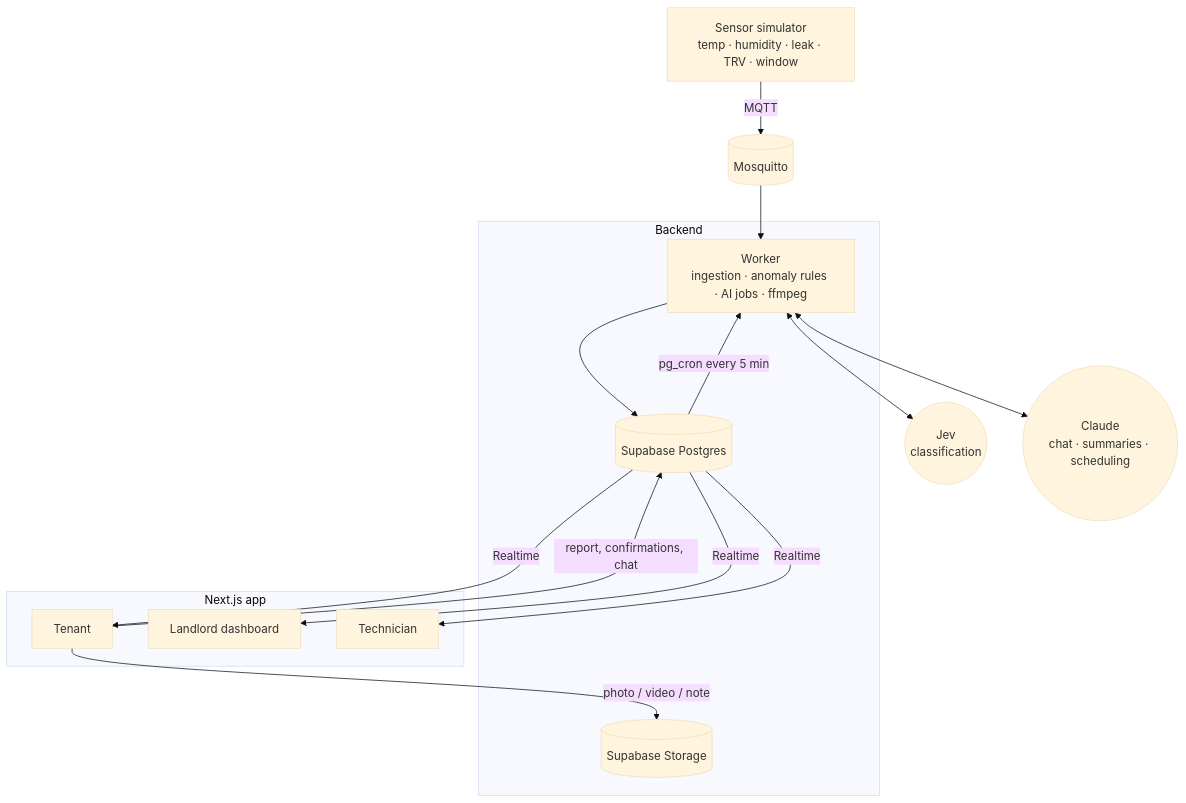
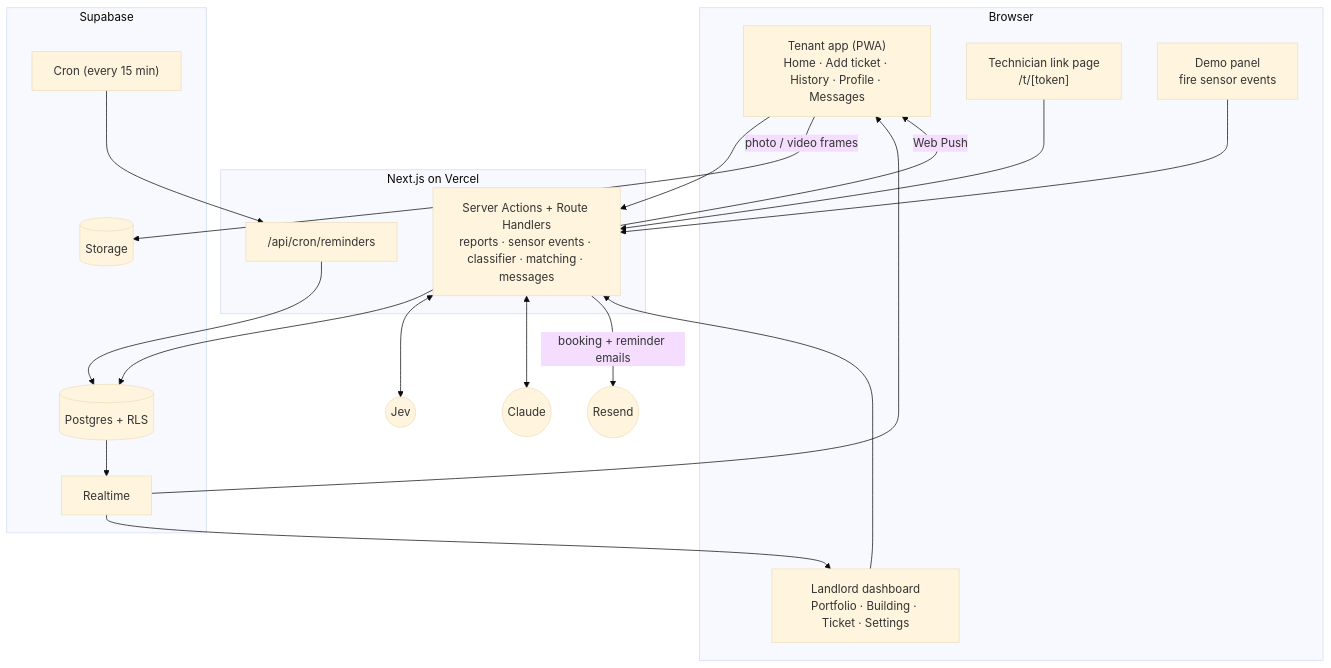
One commit to lepn202/DT-GroupProject changed the second of 4 diagrams in architecture.md. Above: the diagram before and after it, drawn with Mermaid (base theme). The commit also changed other lines of this file and 1 other file, not shown here.

First line of the commit message:
Align architecture.md with product.md MVP scope

````diff
--- a/architecture.md
+++ b/architecture.md
@@ -83,26 +88,32 @@
 ```mermaid
 flowchart TB
-    SIM["Sensor simulator<br/>temp · humidity · leak · TRV · window"]
-    SIM -- MQTT --> BROKER[(Mosquitto)]
-
-    subgraph Backend
-        WK["Worker<br/>ingestion · anomaly rules · AI jobs · ffmpeg"]
-        PG[("Supabase Postgres")]
-        ST[("Supabase Storage")]
+    subgraph Browser
+        TEN["Tenant app (PWA)<br/>Home · Add ticket · History · Profile · Messages"]
+        LL["Landlord dashboard<br/>Portfolio · Building · Ticket · Settings"]
+        TECH["Technician link page<br/>/t/[token]"]
+        DEMO["Demo panel<br/>fire sensor events"]
     end
 
-    BROKER --> WK --> PG
-    PG -- "pg_cron every 5 min" --> WK
-    WK <--> JEV(("Jev<br/>classification"))
-    WK <--> CLAUDE(("Claude<br/>chat · summaries · scheduling"))
-
-    subgraph App["Next.js app"]
-        TEN[Tenant]
-        LL[Landlord dashboard]
-        TECH[Technician]
+    subgraph Next["Next.js on Vercel"]
+        API["Server Actions + Route Handlers<br/>reports · sensor events · classifier · matching · messages"]
+        CRON["/api/cron/reminders"]
     end
 
-    TEN -- "photo / video / note" --> ST
-    TEN -- "report, confirmations, chat" --> PG
-    PG -- Realtime --> TEN & LL & TECH
+    subgraph Supabase
+        PG[("Postgres + RLS")]
+        ST[("Storage")]
+        RT["Realtime"]
+        SC["Cron (every 15 min)"]
+    end
+
+    TEN & LL & DEMO --> API
+    TECH --> API
+    TEN -- "photo / video frames" --> ST
+    API --> PG
+    API <--> JEV(("Jev"))
+    API <--> CLAUDE(("Claude"))
+    API -- "booking + reminder emails" --> MAIL(("Resend"))
+    API -- "Web Push" --> TEN
+    SC --> CRON --> PG
+    PG --> RT --> TEN & LL
 ```
````
